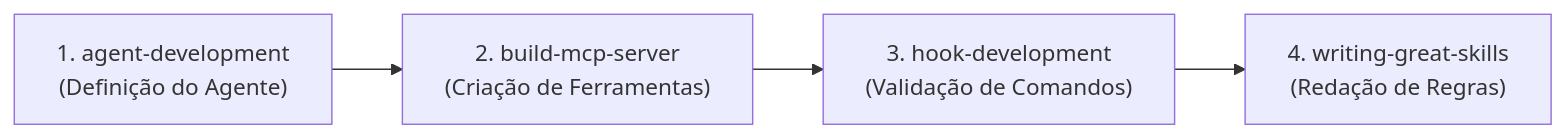
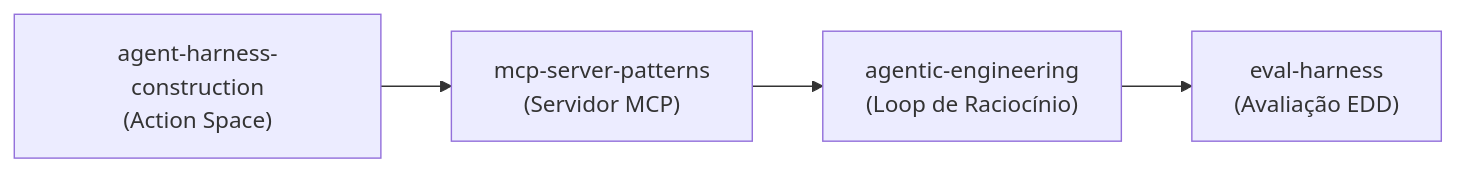
Before and after one commit to Henrique1601/SkiilsToIAs: the fourth of 6 diagrams in CEREBRO.md, drawn with Mermaid. The commit also changed other lines of this file and 257 other files, not shown here.

Commit message:
feat: organize 509 skills into 11 categories, add Master Agent (AGENTE_MESTRE.md), and update CEREBRO and README

````diff
--- a/CEREBRO.md
+++ b/CEREBRO.md
@@ -142,10 +147,6 @@
 ```mermaid
 flowchart LR
-    A["1. agent-development
-(Definição do Agente)"] --> B["2. build-mcp-server
-(Criação de Ferramentas)"]
-    B --> C["3. hook-development
-(Validação de Comandos)"]
-    C --> D["4. writing-great-skills
-(Redação de Regras)"]
+    A["agent-harness-construction<br/>(Action Space)"] --> B["mcp-server-patterns<br/>(Servidor MCP)"]
+    B --> C["agentic-engineering<br/>(Loop de Raciocínio)"]
+    C --> D["eval-harness<br/>(Avaliação EDD)"]
 ```
````
